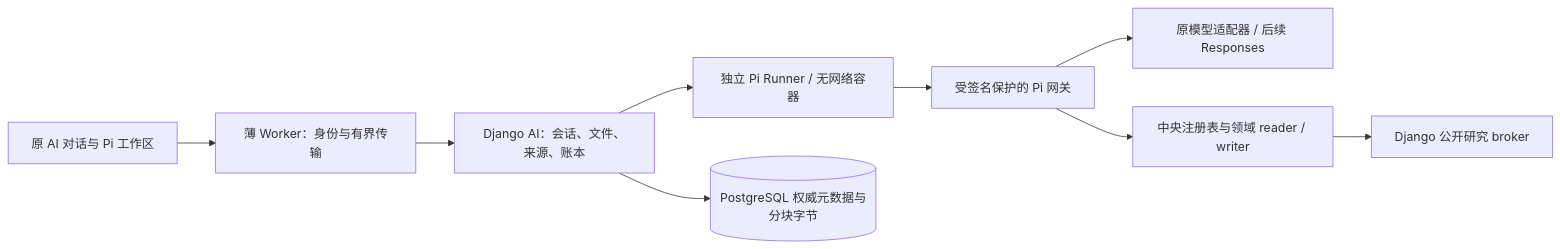
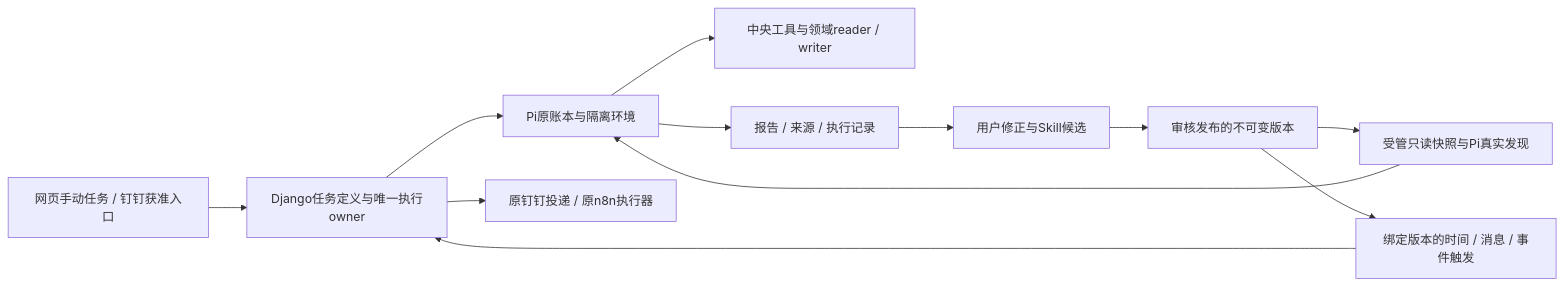
Before and after one commit to dengweizhang321-droid/operations-management-system: the diagram in docs/ai-assistant-capability-plan-20261028/PLAN.md, drawn with Mermaid. The commit also changed other lines of this file and 4 other files, not shown here.

````diff
--- a/docs/ai-assistant-capability-plan-20261028/PLAN.md
+++ b/docs/ai-assistant-capability-plan-20261028/PLAN.md
@@ -42,11 +49,14 @@
 ```mermaid
 flowchart LR
-  UI[原 AI 对话与 Pi 工作区] --> W[薄 Worker：身份与有界传输]
-  W --> A[Django AI：会话、文件、来源、账本]
-  A --> R[独立 Pi Runner / 无网络容器]
-  R --> G[受签名保护的 Pi 网关]
-  G --> P[原模型适配器 / 后续 Responses]
-  G --> T[中央注册表与领域 reader / writer]
-  T --> B[Django 公开研究 broker]
-  A --> DB[(PostgreSQL 权威元数据与分块字节)]
+  U[网页手动任务 / 钉钉获准入口] --> A[Django任务定义与唯一执行owner]
+  A --> P[Pi原账本与隔离环境]
+  P --> T[中央工具与领域reader / writer]
+  P --> E[报告 / 来源 / 执行记录]
+  E --> C[用户修正与Skill候选]
+  C --> V[审核发布的不可变版本]
+  V --> L[受管只读快照与Pi真实发现]
+  L --> P
+  V --> D[绑定版本的时间 / 消息 / 事件触发]
+  D --> A
+  A --> N[原钉钉投递 / 原n8n执行器]
 ```
````
